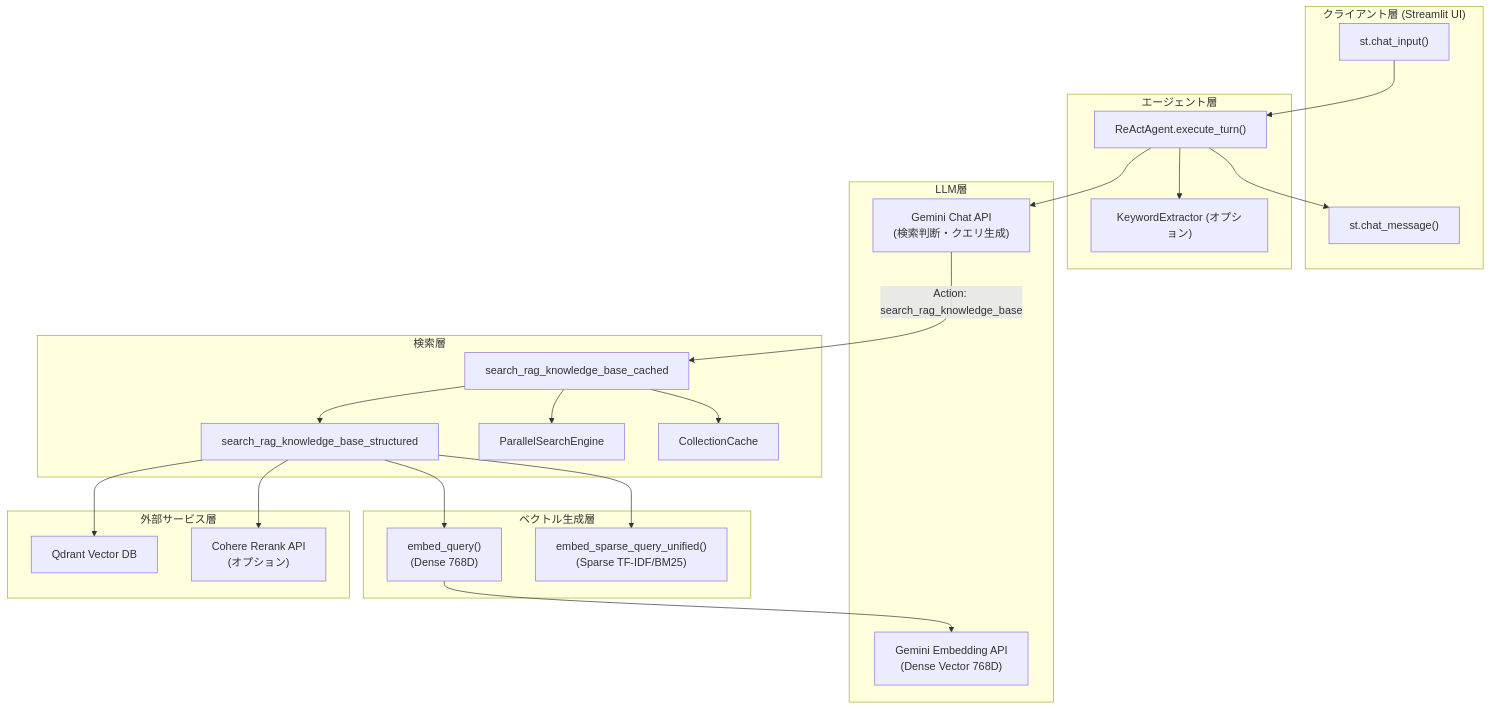
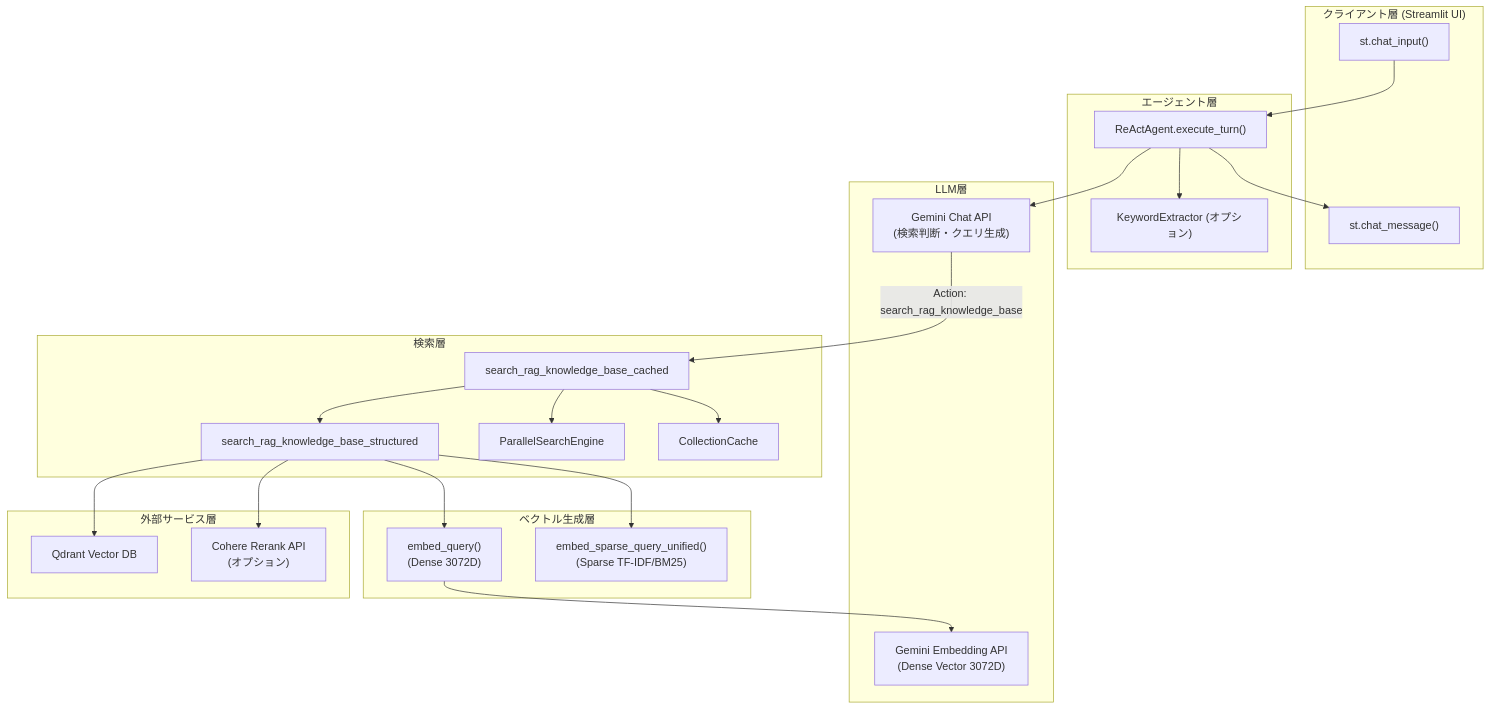
One commit to nakashima2toshio/gemini_grace_agent changed the first of 3 diagrams in ui/doc/grace_chat_input_query.md. Above: the diagram before and after it, drawn with Mermaid. The commit also changed other lines of this file and 7 other files, not shown here.

````diff
--- a/ui/doc/grace_chat_input_query.md
+++ b/ui/doc/grace_chat_input_query.md
@@ -100,48 +100,48 @@
 ```mermaid
 flowchart TB
     subgraph CLIENT["クライアント層 (Streamlit UI)"]
         UI_INPUT["st.chat_input()"]
         UI_DISPLAY["st.chat_message()"]
     end
 
     subgraph AGENT["エージェント層"]
         REACT["ReActAgent.execute_turn()"]
         KW["KeywordExtractor (オプション)"]
     end
 
     subgraph LLM_LAYER["LLM層"]
         GEMINI_CHAT["Gemini Chat API<br/>(検索判断・クエリ生成)"]
-        GEMINI_EMB["Gemini Embedding API<br/>(Dense Vector 768D)"]
+        GEMINI_EMB["Gemini Embedding API<br/>(Dense Vector 3072D)"]
     end
 
     subgraph SEARCH["検索層"]
         CACHED["search_rag_knowledge_base_cached"]
         STRUCTURED["search_rag_knowledge_base_structured"]
         PARALLEL["ParallelSearchEngine"]
         CACHE["CollectionCache"]
     end
 
     subgraph EMBEDDING["ベクトル生成層"]
-        DENSE["embed_query()<br/>(Dense 768D)"]
+        DENSE["embed_query()<br/>(Dense 3072D)"]
         SPARSE["embed_sparse_query_unified()<br/>(Sparse TF-IDF/BM25)"]
     end
 
     subgraph EXTERNAL["外部サービス層"]
         QDRANT["Qdrant Vector DB"]
         COHERE["Cohere Rerank API<br/>(オプション)"]
     end
 
     UI_INPUT --> REACT
     REACT --> KW
     REACT --> GEMINI_CHAT
     GEMINI_CHAT -->|"Action: search_rag_knowledge_base"| CACHED
     CACHED --> CACHE
     CACHED --> PARALLEL
     CACHED --> STRUCTURED
     STRUCTURED --> DENSE
     STRUCTURED --> SPARSE
     DENSE --> GEMINI_EMB
     STRUCTURED --> QDRANT
     STRUCTURED --> COHERE
     REACT --> UI_DISPLAY
 ```
````
